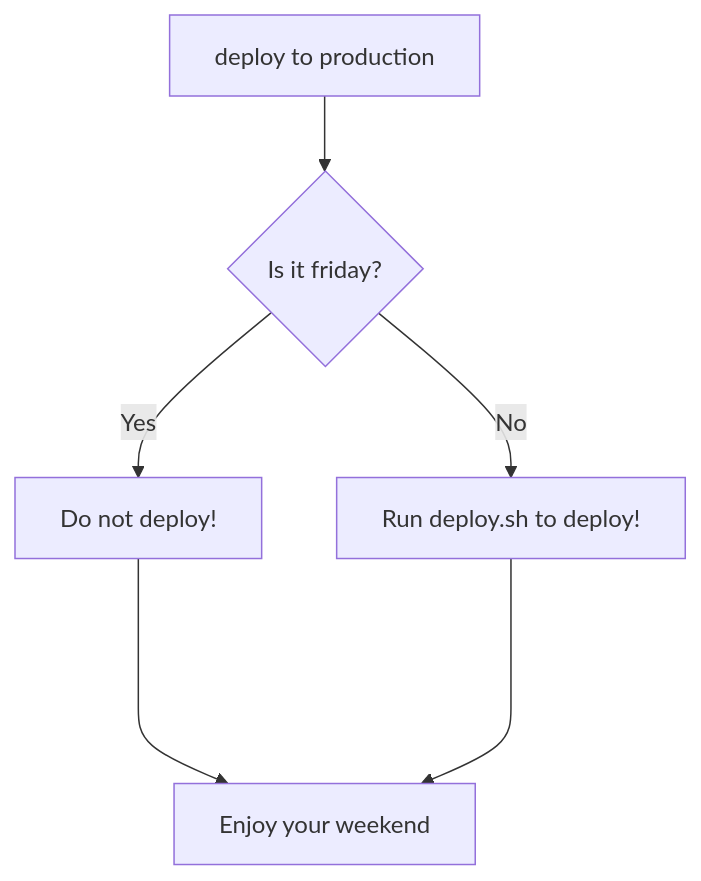
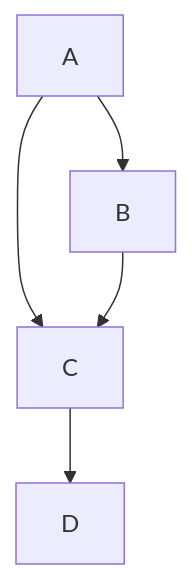
The diagram in diagram.md (qwerty-arun/markdown_tutorial), drawn with Mermaid before and after one commit.

````diff
--- a/diagram.md
+++ b/diagram.md
@@ -1,8 +1,7 @@
 ```mermaid
 flowchart TD
-A[deploy to production] --> B{Is it friday?};
-B -- Yes --> C[Do not deploy!];
-B -- No --> D[Run deploy.sh to deploy!];
-C ----> E[Enjoy your weekend!];
-D ----> E[Enjoy your weekend];
+A --> B;
+A --> C;
+B --> C;
+C --> D;
 ```
````
